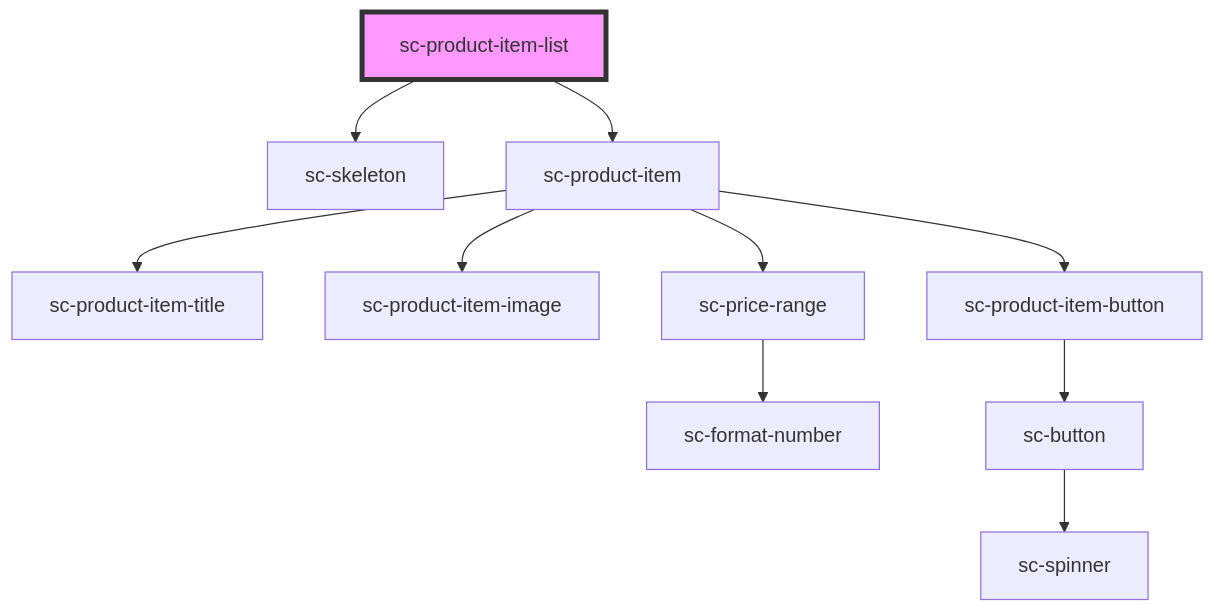
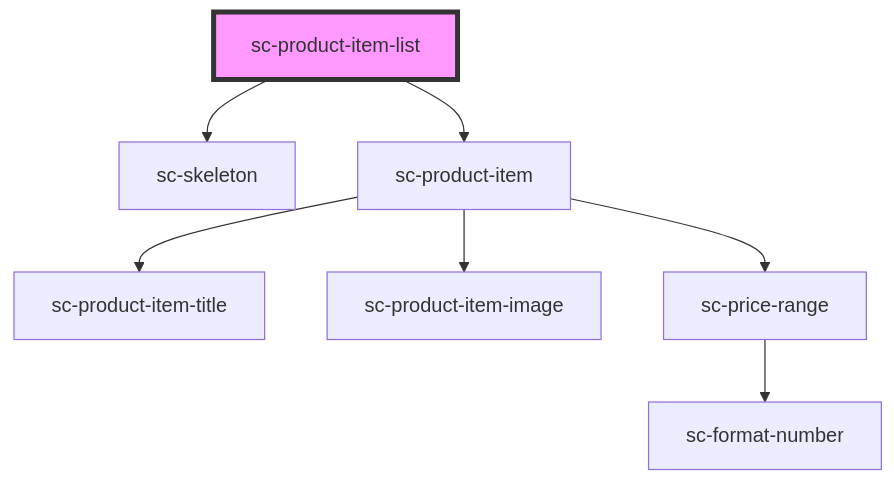
Before and after one commit to surecart/surecart-wp-plugin: the diagram in packages/components/src/components/controllers/products/sc-product-item-list/readme.md, drawn with Mermaid. The commit also changed other lines of this file and 23 other files, not shown here.

Commit message:
removed product list block button

````diff
--- a/packages/components/src/components/controllers/products/sc-product-item-list/readme.md
+++ b/packages/components/src/components/controllers/products/sc-product-item-list/readme.md
@@ -24,13 +26,10 @@
 ```mermaid
 graph TD;
   sc-product-item-list --> sc-skeleton
   sc-product-item-list --> sc-product-item
   sc-product-item --> sc-product-item-title
   sc-product-item --> sc-product-item-image
   sc-product-item --> sc-price-range
-  sc-product-item --> sc-product-item-button
   sc-price-range --> sc-format-number
-  sc-product-item-button --> sc-button
-  sc-button --> sc-spinner
   style sc-product-item-list fill:#f9f,stroke:#333,stroke-width:4px
 ```
````
